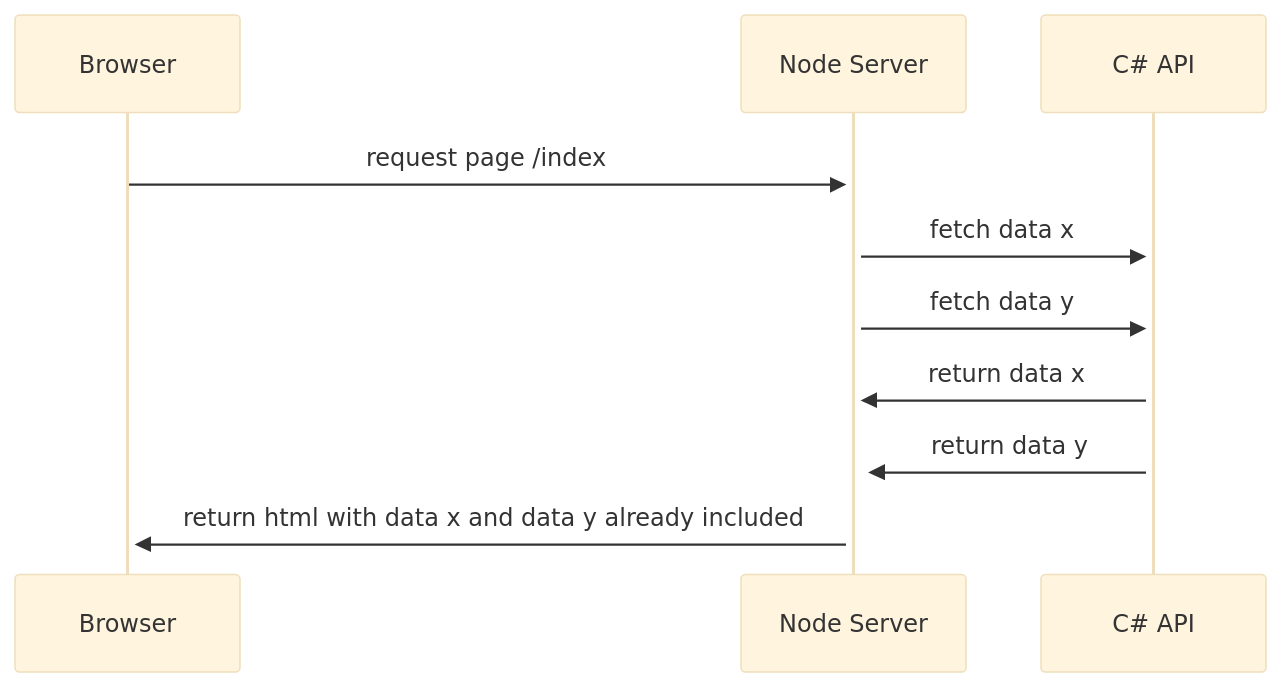
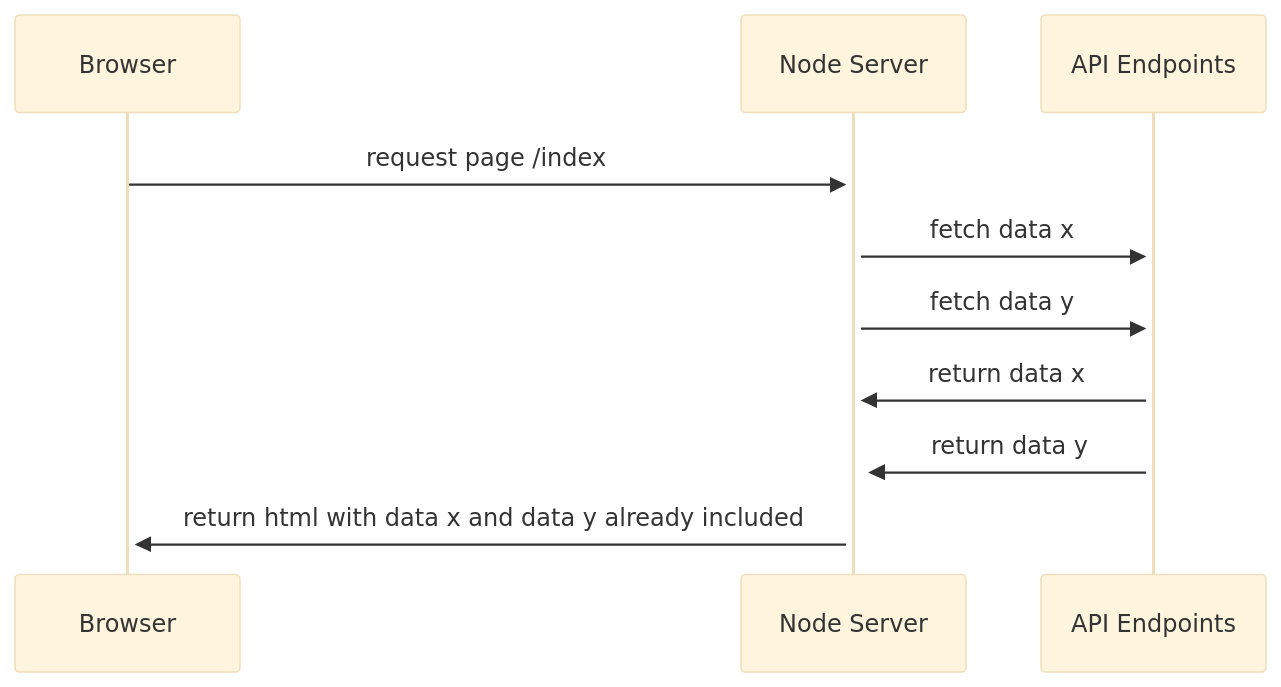
The second of 2 diagrams in README.md (neolution-ch/neolution-pedalo), drawn with Mermaid (base theme) before and after one commit. The commit also changed other lines of this file and 21 other files, not shown here.

````diff
--- a/README.md
+++ b/README.md
@@ -38,9 +90,9 @@
 ```mermaid
 sequenceDiagram
     Browser->>+Node Server: request page /index
-    Node Server->>+C# API: fetch data x
-    Node Server->>+C# API: fetch data y
-    C# API->>+Node Server: return data x
-    C# API->>+Node Server: return data y
+    Node Server->>+API Endpoints: fetch data x
+    Node Server->>+API Endpoints: fetch data y
+    API Endpoints->>+Node Server: return data x
+    API Endpoints->>+Node Server: return data y
     Node Server->>+Browser: return html with data x and data y already included
 ```
````
